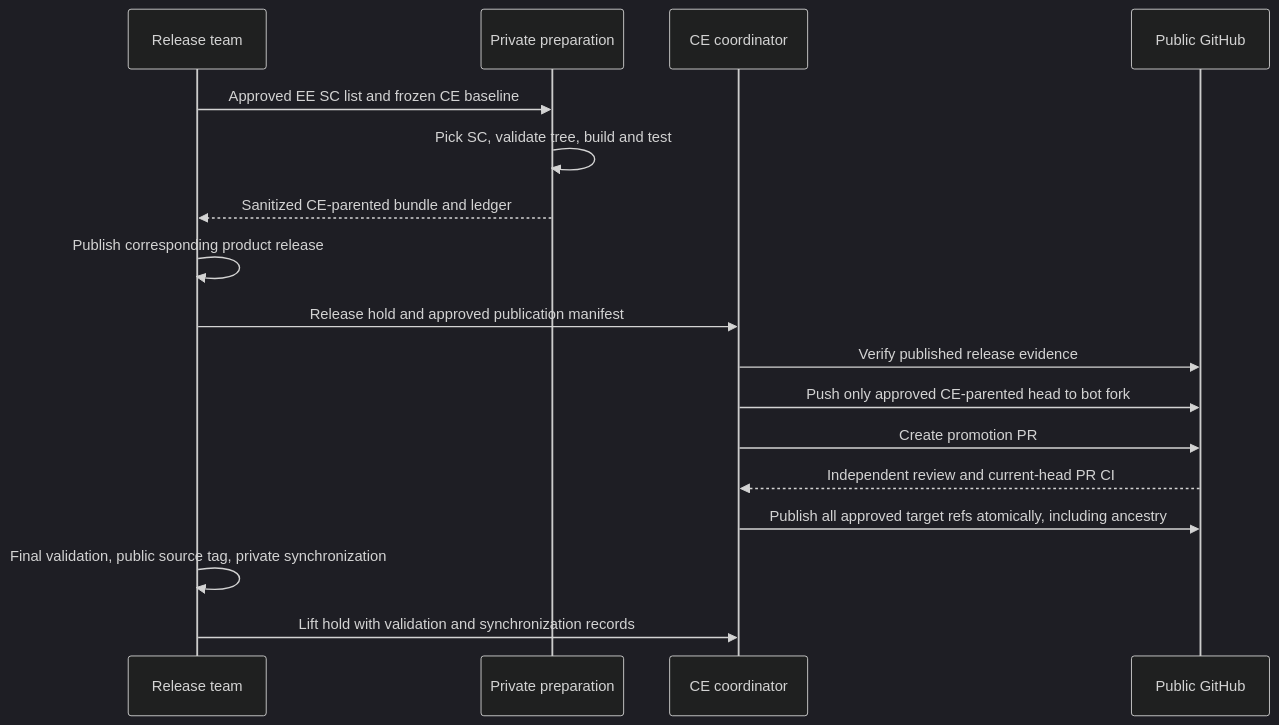
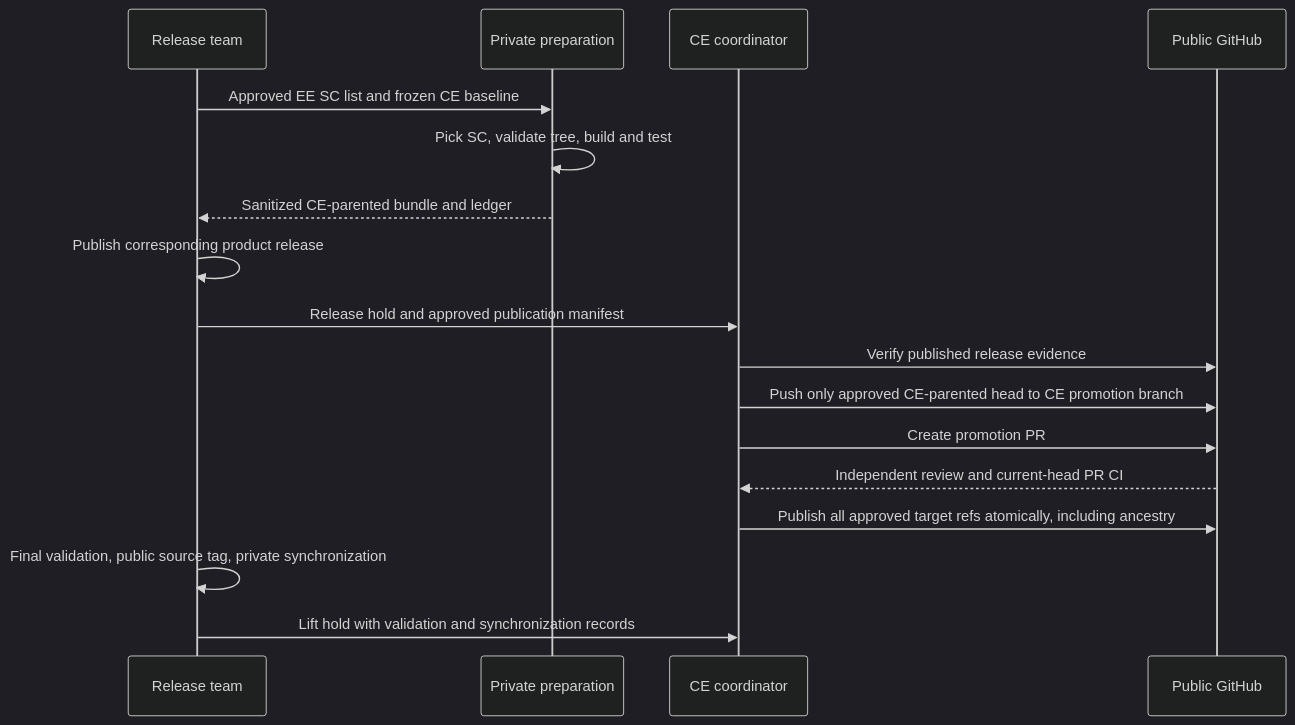
Before and after one commit to RidhaOracle/mysql-server: the third of 3 diagrams in Docs/ce-merge-process.md, drawn with Mermaid (dark theme). The commit also changed other lines of this file and 6 other files, not shown here.

````diff
--- a/Docs/ce-merge-process.md
+++ b/Docs/ce-merge-process.md
@@ -409,19 +431,19 @@
 ```mermaid
 sequenceDiagram
     participant R as Release team
     participant P as Private preparation
     participant C as CE coordinator
     participant G as Public GitHub
     R->>P: Approved EE SC list and frozen CE baseline
     P->>P: Pick SC, validate tree, build and test
     P-->>R: Sanitized CE-parented bundle and ledger
     R->>R: Publish corresponding product release
     R->>C: Release hold and approved publication manifest
     C->>G: Verify published release evidence
-    C->>G: Push only approved CE-parented head to bot fork
+    C->>G: Push only approved CE-parented head to CE promotion branch
     C->>G: Create promotion PR
     G-->>C: Independent review and current-head PR CI
     C->>G: Publish all approved target refs atomically, including ancestry
     R->>R: Final validation, public source tag, private synchronization
     R->>C: Lift hold with validation and synchronization records
 ```
````
